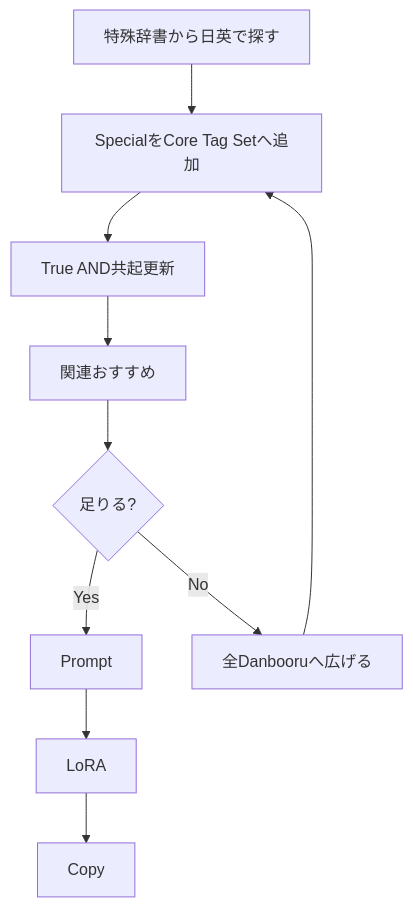
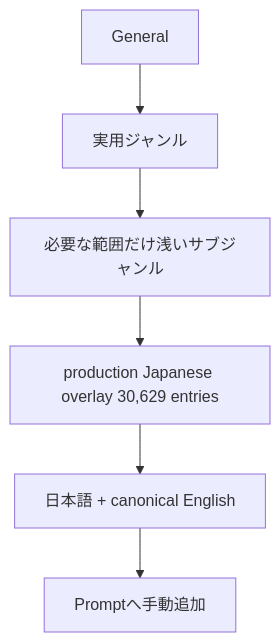
The fourth of 6 diagrams in docs/FLOWCHARTS.md (takasago181/DanbooruTagTool), drawn with Mermaid before and after one commit. The commit also changed other lines of this file, not shown here.

Commit message:
docs: replace legacy flowcharts with current v1 flow

````diff
--- a/docs/FLOWCHARTS.md
+++ b/docs/FLOWCHARTS.md
@@ -84,12 +60,8 @@
 ```mermaid
 flowchart TD
- A[特殊辞書から日英で探す] --> B[SpecialをCore Tag Setへ追加]
- B --> C[True AND共起更新]
- C --> D[関連おすすめ]
- D --> E{足りる?}
- E -- Yes --> F[Prompt]
- E -- No --> G[全Danbooruへ広げる]
- G --> B
- F --> H[LoRA]
- H --> I[Copy]
+ A[General] --> B[実用ジャンル]
+ B --> C[必要な範囲だけ浅いサブジャンル]
+ C --> D[production Japanese overlay 30,629 entries]
+ D --> E[日本語 + canonical English]
+ E --> F[Promptへ手動追加]
 ```
````
